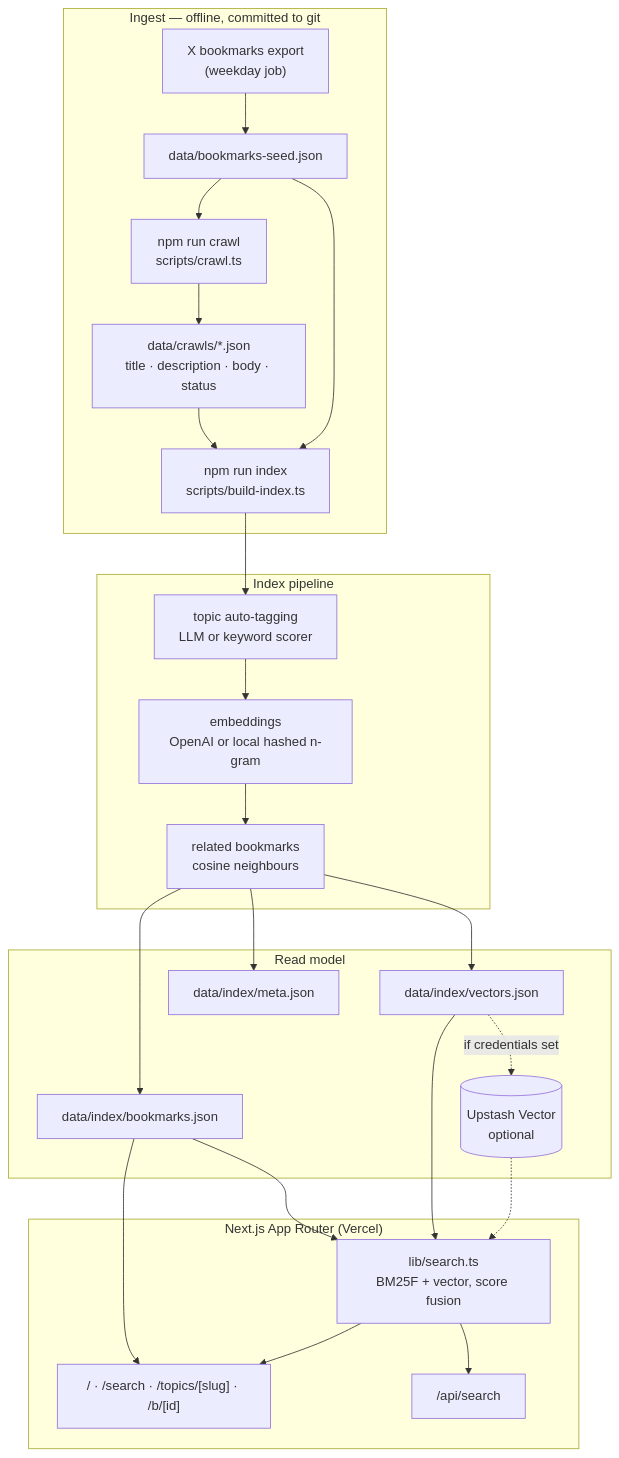
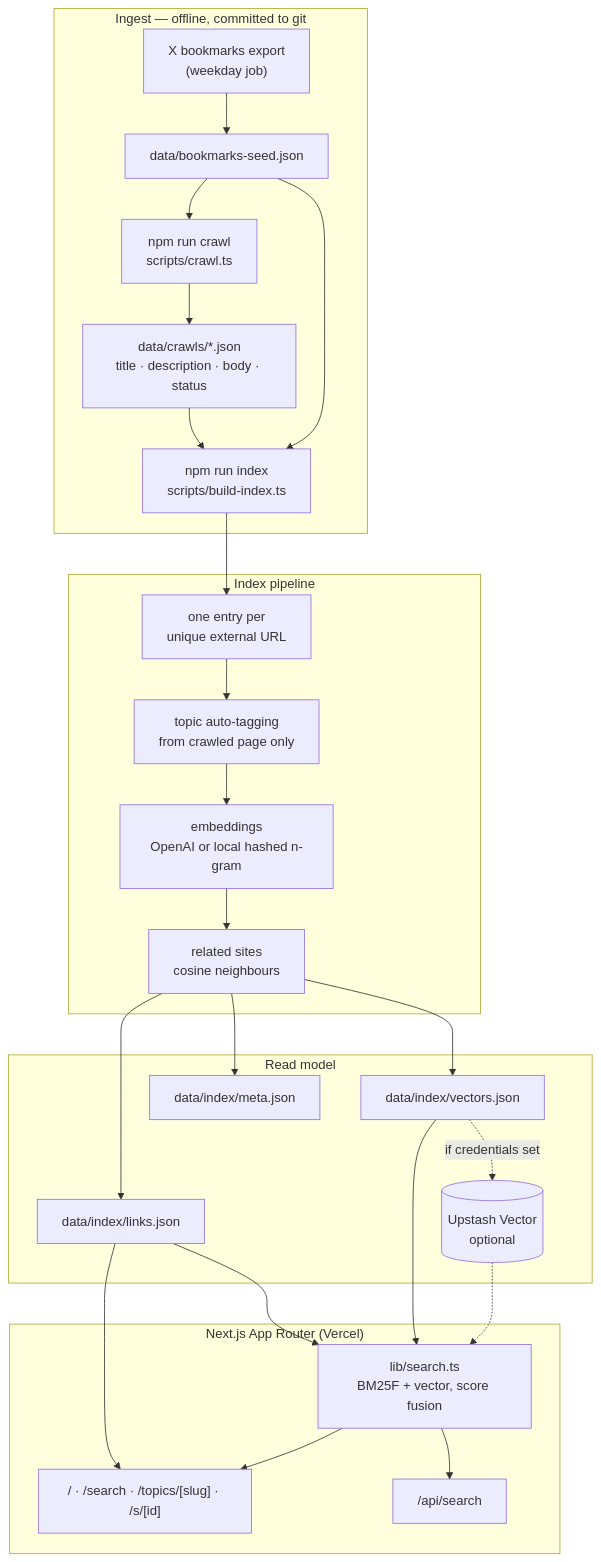
One commit to seangeng/bookmarks changed the diagram in README.md. Above: the diagram before and after it, drawn with Mermaid. The commit also changed other lines of this file and 40 other files, not shown here.

````diff
--- a/README.md
+++ b/README.md
@@ -25,46 +30,47 @@
 ```mermaid
 flowchart TB
     subgraph ingest["Ingest — offline, committed to git"]
         export["X bookmarks export<br/>(weekday job)"]
         seed["data/bookmarks-seed.json"]
         crawl["npm run crawl<br/>scripts/crawl.ts"]
         artifacts["data/crawls/*.json<br/>title · description · body · status"]
         index["npm run index<br/>scripts/build-index.ts"]
 
         export --> seed --> crawl --> artifacts --> index
         seed --> index
     end
 
     subgraph enrich["Index pipeline"]
-        topics["topic auto-tagging<br/>LLM or keyword scorer"]
+        dedupe["one entry per<br/>unique external URL"]
+        topics["topic auto-tagging<br/>from crawled page only"]
         embed["embeddings<br/>OpenAI or local hashed n-gram"]
-        related["related bookmarks<br/>cosine neighbours"]
+        related["related sites<br/>cosine neighbours"]
 
-        index --> topics --> embed --> related
+        index --> dedupe --> topics --> embed --> related
     end
 
     subgraph store["Read model"]
-        read["data/index/bookmarks.json"]
+        read["data/index/links.json"]
         vectors["data/index/vectors.json"]
         meta["data/index/meta.json"]
         upstash[("Upstash Vector<br/>optional")]
 
         related --> read
         related --> vectors
         related --> meta
         vectors -.->|"if credentials set"| upstash
     end
 
     subgraph app["Next.js App Router (Vercel)"]
-        pages["/ · /search · /topics/[slug] · /b/[id]"]
+        pages["/ · /search · /topics/[slug] · /s/[id]"]
         api["/api/search"]
         search["lib/search.ts<br/>BM25F + vector, score fusion"]
 
         read --> pages
         read --> search
         vectors --> search
         upstash -.-> search
         search --> api
         search --> pages
     end
 ```
````
